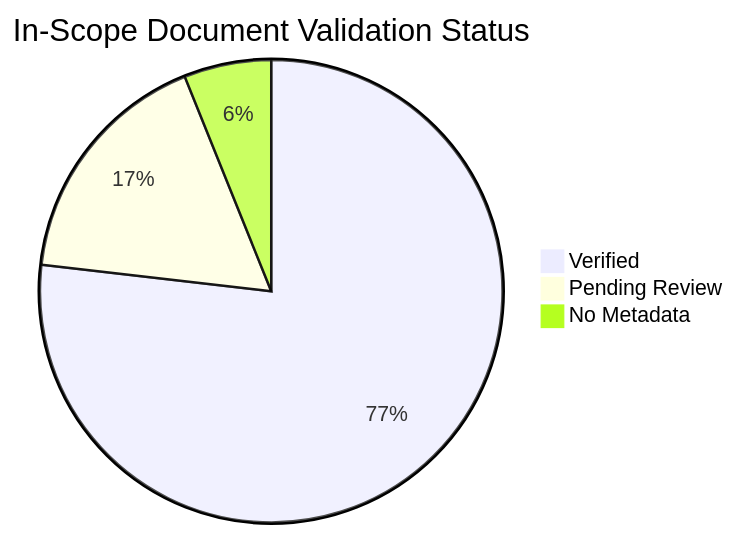
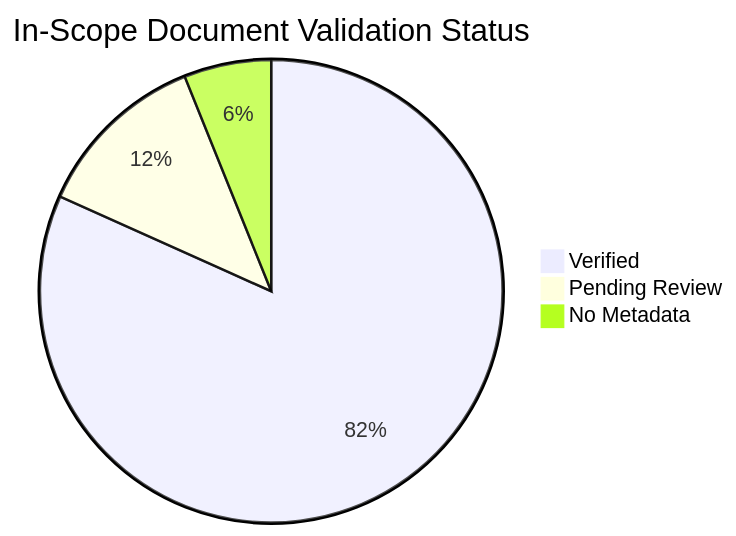
One commit to yeongseon/azure-container-apps-practical-guide changed the diagram in docs/reference/content-validation-status.md. Above: the diagram before and after it, drawn with Mermaid. The commit also changed other lines of this file and 8 other files, not shown here.

````diff
--- a/docs/reference/content-validation-status.md
+++ b/docs/reference/content-validation-status.md
@@ -25,6 +25,6 @@
 ```mermaid
 pie title In-Scope Document Validation Status
-    "Verified" : 126
-    "Pending Review" : 28
+    "Verified" : 134
+    "Pending Review" : 20
     "No Metadata" : 10
 ```
````
